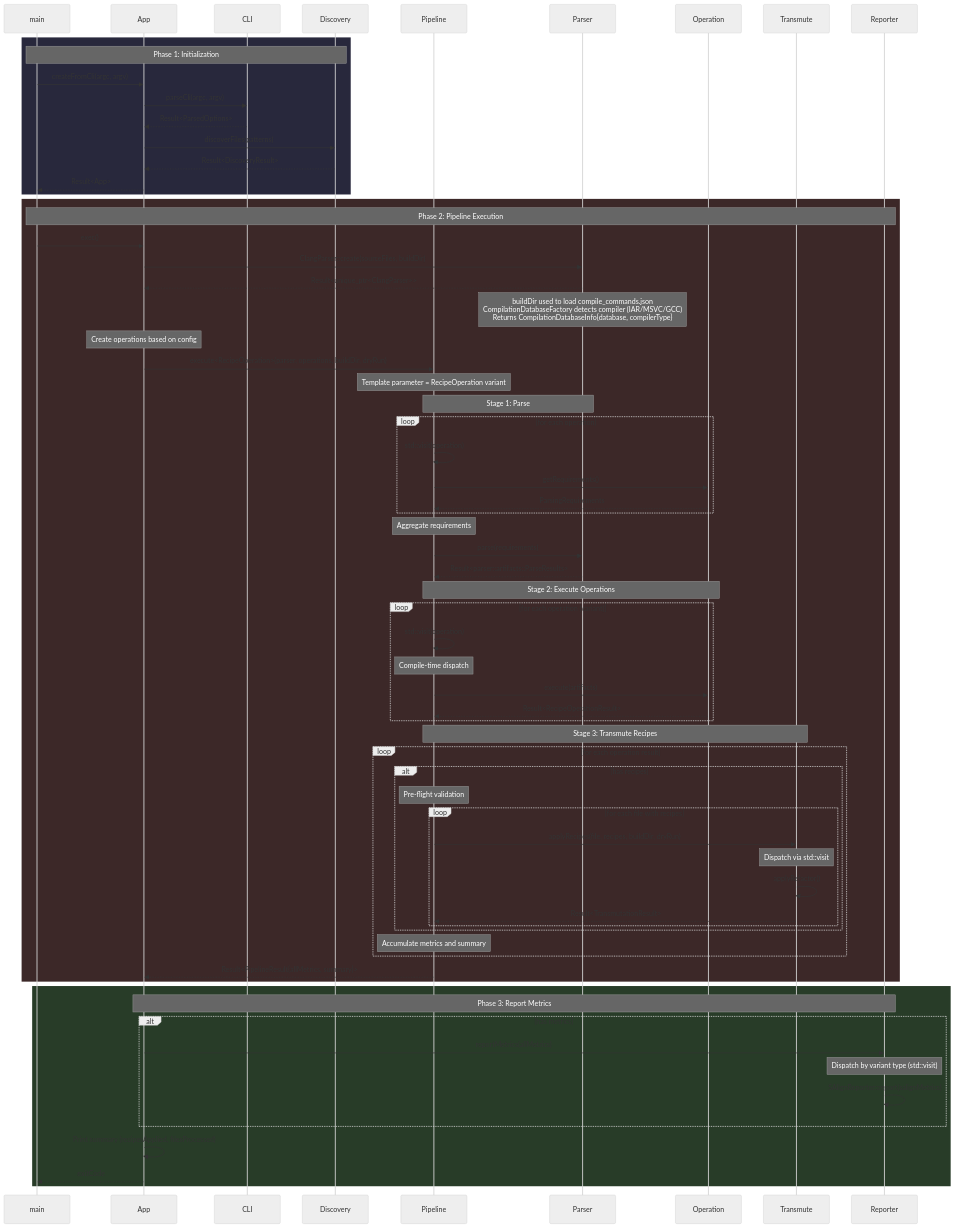
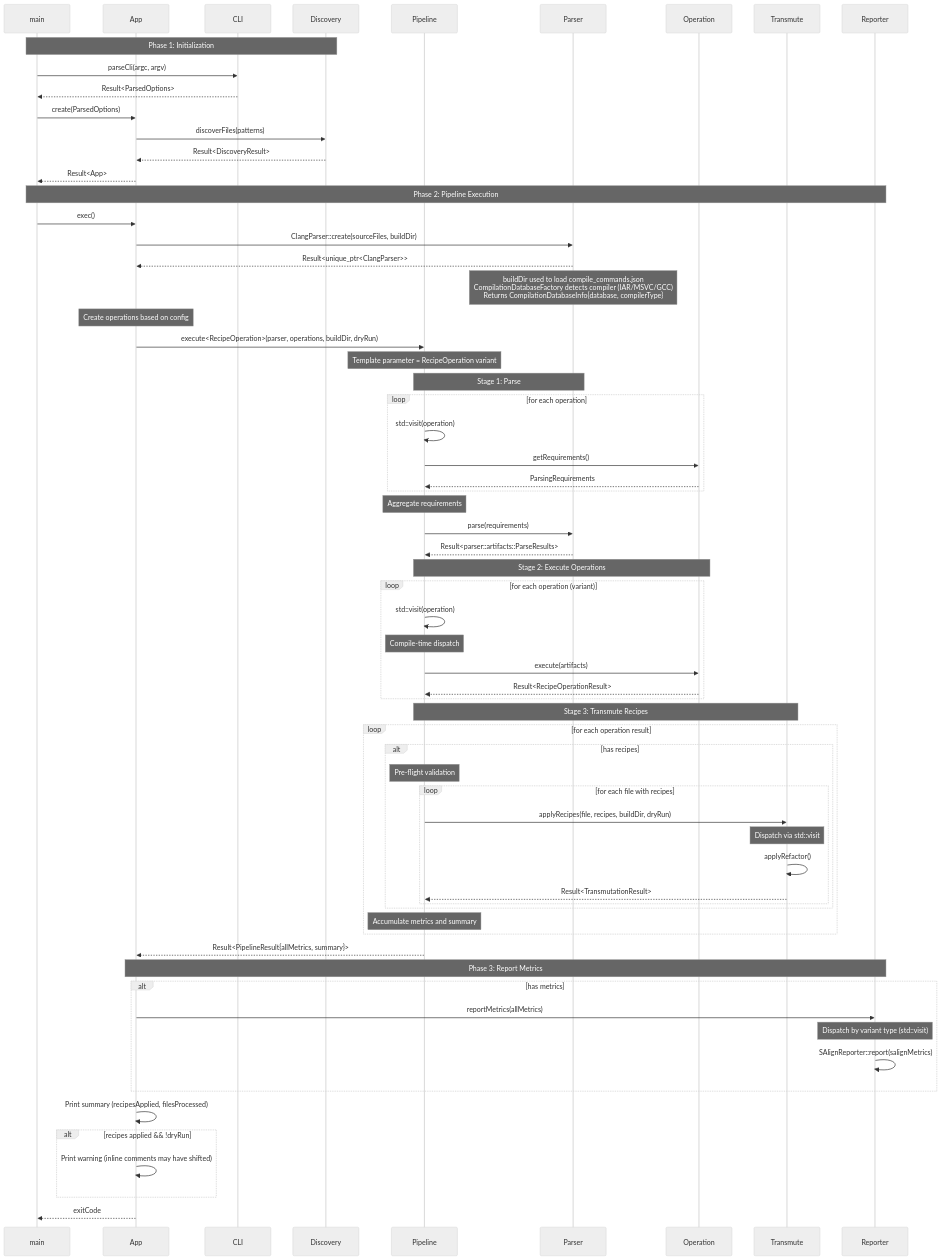
The first of 10 diagrams in docs/design/sequence-diagrams.md (turakz/alchemy), drawn with Mermaid (neutral theme) before and after one commit. The commit also changed other lines of this file and 102 other files, not shown here.

````diff
--- a/docs/design/sequence-diagrams.md
+++ b/docs/design/sequence-diagrams.md
@@ -25,21 +25,18 @@
     participant Reporter
 
     %% Phase 1: Setup
-    rect rgb(40, 40, 60)
-        Note over main,Discovery: Phase 1: Initialization
-        main->>App: createFromCli(argc, argv)
-        App->>CLI: parseCli(argc, argv)
-        CLI-->>App: Result<ParsedOptions>
+    Note over main,Discovery: Phase 1: Initialization
+        main->>CLI: parseCli(argc, argv)
+        CLI-->>main: Result<ParsedOptions>
 
+        main->>App: create(ParsedOptions)
         App->>Discovery: discoverFiles(patterns)
         Discovery-->>App: Result<DiscoveryResult>
 
         App-->>main: Result<App>
-    end
 
     %% Phase 2: Execution
-    rect rgb(60, 40, 40)
-        Note over main,Reporter: Phase 2: Pipeline Execution
+    Note over main,Reporter: Phase 2: Pipeline Execution
         main->>App: exec()
 
         App->>Parser: ClangParser::create(sourceFiles, buildDir)
@@ -87,11 +84,9 @@
         end
 
         Pipeline-->>App: Result<PipelineResult{allMetrics, summary}>
-    end
 
     %% Phase 3: Reporting
-    rect rgb(40, 60, 40)
-        Note over App,Reporter: Phase 3: Report Metrics
+    Note over App,Reporter: Phase 3: Report Metrics
 
         alt has metrics
             App->>Reporter: reportMetrics(allMetrics)
@@ -100,6 +95,10 @@
         end
 
         App->>App: Print summary (recipesApplied, filesProcessed)
+
+        alt recipes applied && !dryRun
+            App->>App: Print warning (inline comments may have shifted)
+        end
+
         App-->>main: exitCode
-    end
 ```
````
